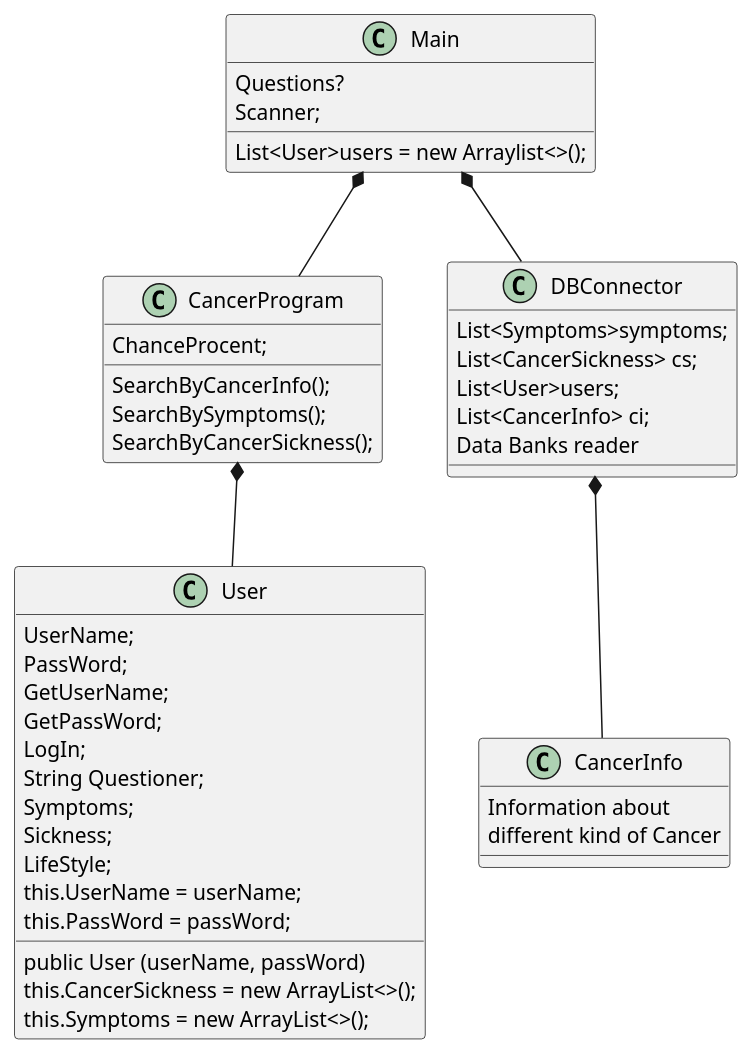
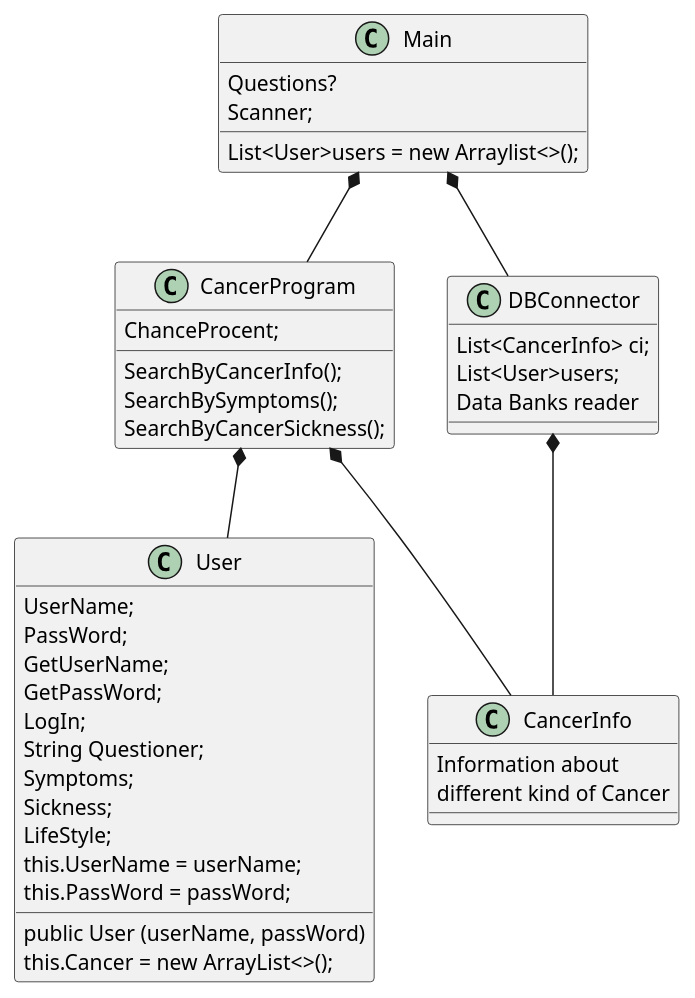
One commit to Fjumre/ICE-Gruppe-F changed the diagram in src/ICE Gruppe F.puml. Above: the diagram before and after it, drawn with PlantUML. The commit also changed 2 other files, not shown here.

```diff
--- a/src/ICE Gruppe F.puml
+++ b/src/ICE Gruppe F.puml
@@ -1,56 +1,54 @@
 @startuml
 'https://plantuml.com/sequence-diagram
 
 
 
 Class Main{
 Questions?
 Scanner;
 List<User>users = new Arraylist<>();
 }
 
 Class CancerProgram{
 ChanceProcent;
 SearchByCancerInfo();
 SearchBySymptoms();
 SearchByCancerSickness();
 }
 
 Class User{
 UserName;
 PassWord;
 GetUserName;
 GetPassWord;
 LogIn;
 String Questioner;
 Symptoms;
 Sickness;
 LifeStyle;
 public User (userName, passWord)
 this.UserName = userName;
 this.PassWord = passWord;
-this.CancerSickness = new ArrayList<>();
-this.Symptoms = new ArrayList<>();
+this.Cancer = new ArrayList<>();
 }
 
 
 Class CancerInfo{
 
 Information about
 different kind of Cancer
 }
 
 Class DBConnector{
-List<Symptoms>symptoms;
-List<CancerSickness> cs;
+List<CancerInfo> ci;
 List<User>users;
-List<CancerInfo> ci;
 Data Banks reader
 }
 
 Main *-- DBConnector
 Main *-- CancerProgram
 CancerProgram *-- User
 DBConnector *-- CancerInfo
+CancerProgram *-- CancerInfo
 
 @enduml
```
